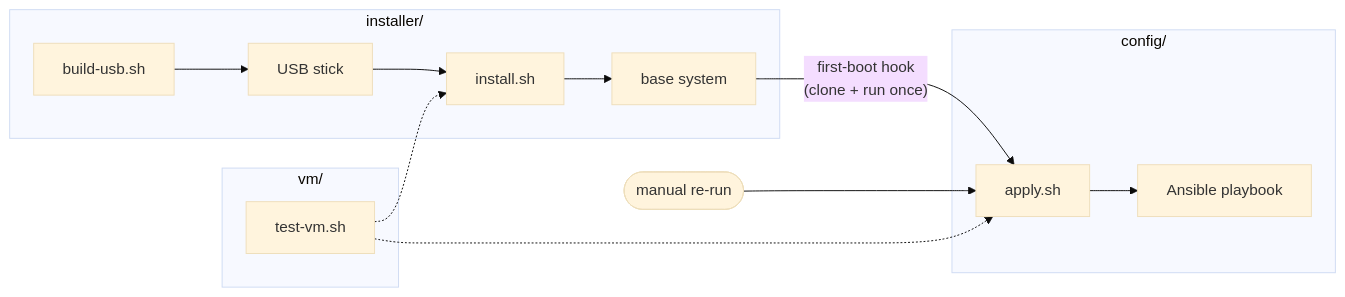
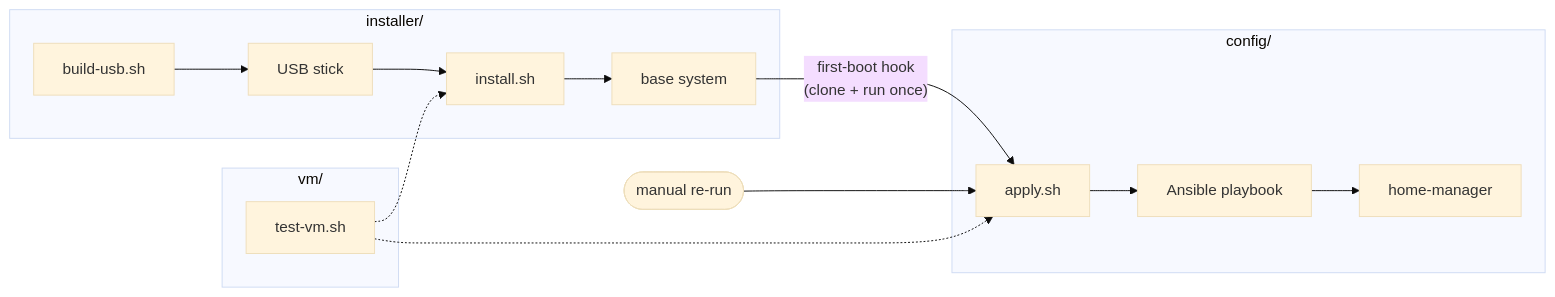
One commit to cqkh42/llangvilla changed the diagram in README.md. Above: the diagram before and after it, drawn with Mermaid (base theme). The commit also changed other lines of this file and 7 other files, not shown here.

````diff
--- a/README.md
+++ b/README.md
@@ -15,15 +15,15 @@
 ```mermaid
 flowchart LR
     subgraph installer["installer/"]
         A[build-usb.sh] --> B[USB stick] --> C[install.sh] --> D[base system]
     end
     subgraph config["config/"]
-        E[apply.sh] --> F[Ansible playbook]
+        E[apply.sh] --> F[Ansible playbook] --> I[home-manager]
     end
     D -- "first-boot hook<br/>(clone + run once)" --> E
     G([manual re-run]) --> E
     subgraph vm["vm/"]
         H[test-vm.sh] -.-> C
         H -.-> E
     end
 ```
````
